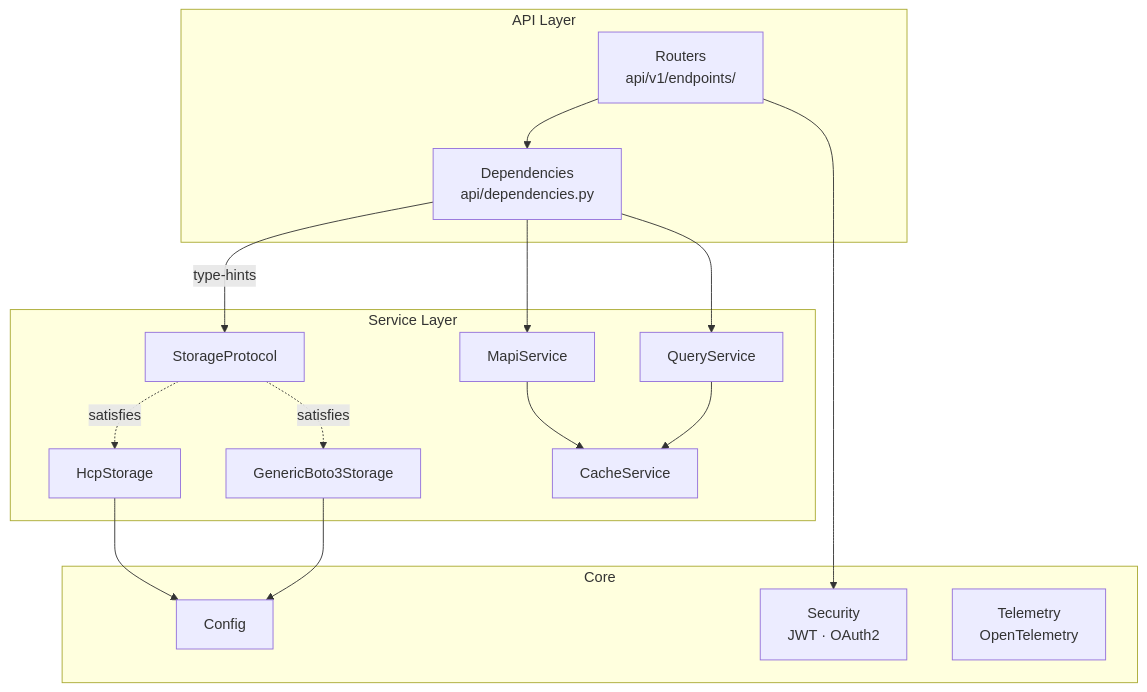
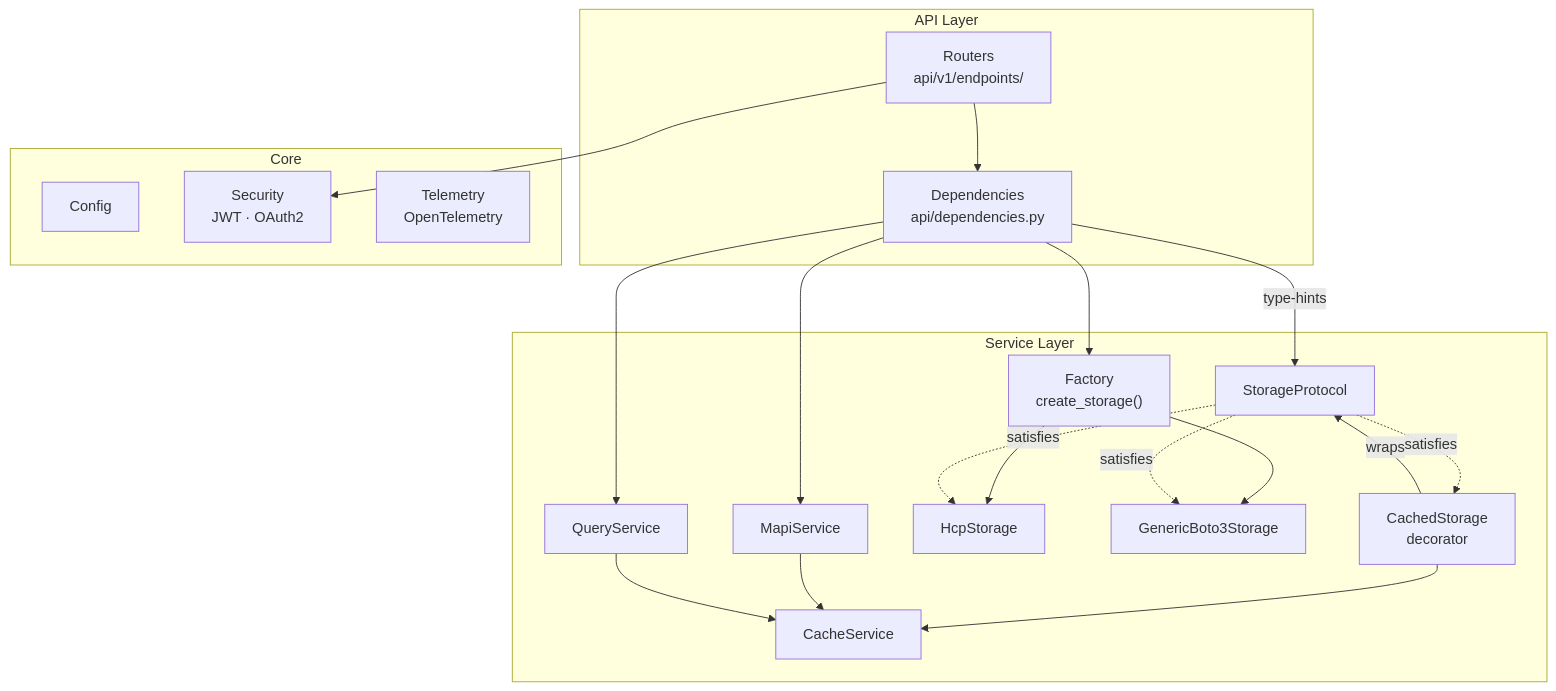
The diagram in docs/architecture/backend.md (AI-Riksarkivet/ra-hcp), drawn with Mermaid before and after one commit. The commit also changed other lines of this file and 4 other files, not shown here.

First line of the commit message:
docs(architecture): fix diagrams to match actual backend code

````diff
--- a/docs/architecture/backend.md
+++ b/docs/architecture/backend.md
@@ -5,34 +5,40 @@
 ```mermaid
 graph TD
     subgraph "API Layer"
         R["Routers<br/>api/v1/endpoints/"]
         DEP["Dependencies<br/>api/dependencies.py"]
     end
 
     subgraph "Service Layer"
         MS["MapiService"]
         SP["StorageProtocol"]
+        CACHED["CachedStorage<br/>decorator"]
+        FAC["Factory<br/>create_storage()"]
         HCP_A["HcpStorage"]
         GEN["GenericBoto3Storage"]
         QS["QueryService"]
         CS["CacheService"]
     end
 
     subgraph "Core"
         CFG["Config"]
         SEC["Security<br/>JWT · OAuth2"]
         TEL["Telemetry<br/>OpenTelemetry"]
     end
 
     R --> DEP
     DEP --> MS
     DEP -->|"type-hints"| SP
+    DEP --> FAC
+    FAC --> HCP_A
+    FAC --> GEN
     SP -.->|"satisfies"| HCP_A
     SP -.->|"satisfies"| GEN
+    SP -.->|"satisfies"| CACHED
+    CACHED -->|"wraps"| SP
+    CACHED --> CS
     DEP --> QS
     MS --> CS
     QS --> CS
-    HCP_A --> CFG
-    GEN --> CFG
     R --> SEC
 ```
````
